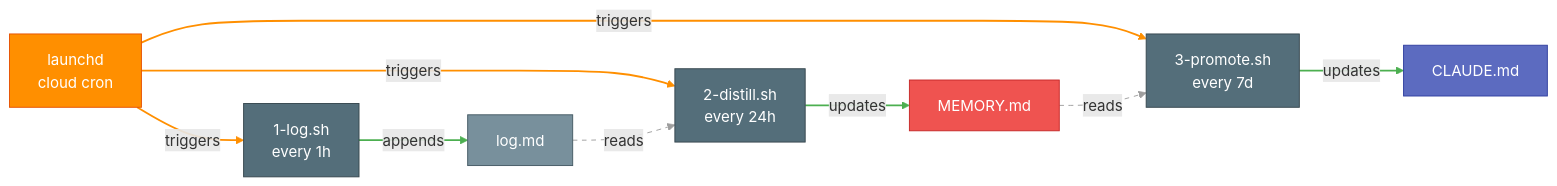
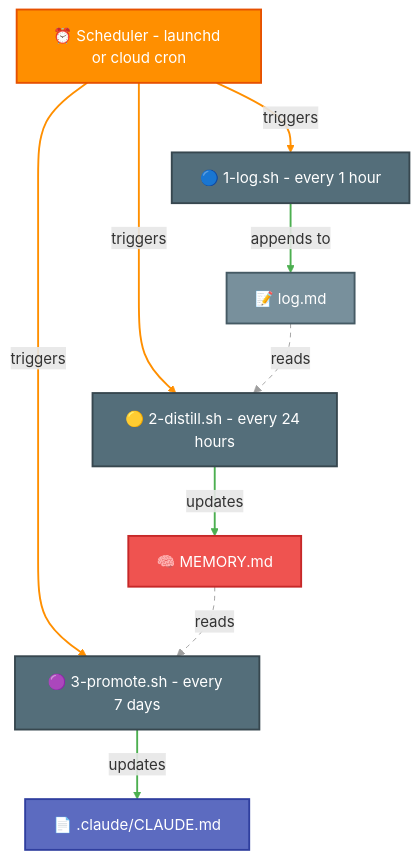
Before and after one commit to jameswniu/claude-os: the third of 3 diagrams in README.md, drawn with Mermaid. The commit also changed other lines of this file, not shown here.

First line of the commit message:
Make diagrams larger: switch to TD flowcharts with descriptive labels

````diff
--- a/README.md
+++ b/README.md
@@ -57,25 +60,27 @@
 ```mermaid
-flowchart LR
-    C["launchd\ncloud cron"] -- triggers --> L1["1-log.sh\nevery 1h"]
-    C -- triggers --> L2["2-distill.sh\nevery 24h"]
-    C -- triggers --> L3["3-promote.sh\nevery 7d"]
+flowchart TD
+    C["⏰ Scheduler - launchd or cloud cron"]
 
-    L1 -- appends --> LOG["log.md"]
-    L2 -- updates --> MEM["MEMORY.md"]
-    L3 -- updates --> RUL["CLAUDE.md"]
+    C -- "triggers" --> L1["🔵 1-log.sh - every 1 hour"]
+    C -- "triggers" --> L2["🟡 2-distill.sh - every 24 hours"]
+    C -- "triggers" --> L3["🟣 3-promote.sh - every 7 days"]
 
-    LOG -. reads .-> L2
-    MEM -. reads .-> L3
+    L1 -- "appends to" --> LOG["📝 log.md"]
+    L2 -- "updates" --> MEM["🧠 MEMORY.md"]
+    L3 -- "updates" --> RUL["📄 .claude/CLAUDE.md"]
 
-    style C fill:#FF8F00,color:#fff,stroke:#E65100
-    style L1 fill:#546E7A,color:#fff,stroke:#37474F
-    style L2 fill:#546E7A,color:#fff,stroke:#37474F
-    style L3 fill:#546E7A,color:#fff,stroke:#37474F
-    style LOG fill:#78909C,color:#fff,stroke:#455A64
-    style MEM fill:#EF5350,color:#fff,stroke:#C62828
-    style RUL fill:#5C6BC0,color:#fff,stroke:#303F9F
+    LOG -. "reads" .-> L2
+    MEM -. "reads" .-> L3
+
+    style C fill:#FF8F00,color:#fff,stroke:#E65100,stroke-width:2px
+    style L1 fill:#546E7A,color:#fff,stroke:#37474F,stroke-width:2px
+    style L2 fill:#546E7A,color:#fff,stroke:#37474F,stroke-width:2px
+    style L3 fill:#546E7A,color:#fff,stroke:#37474F,stroke-width:2px
+    style LOG fill:#78909C,color:#fff,stroke:#455A64,stroke-width:2px
+    style MEM fill:#EF5350,color:#fff,stroke:#C62828,stroke-width:2px
+    style RUL fill:#5C6BC0,color:#fff,stroke:#303F9F,stroke-width:2px
 
     linkStyle 0,1,2 stroke:#FF8F00,stroke-width:2px
     linkStyle 3,4,5 stroke:#4CAF50,stroke-width:2px
     linkStyle 6,7 stroke:#9E9E9E,stroke-width:1px,stroke-dasharray:5
 ```
````
